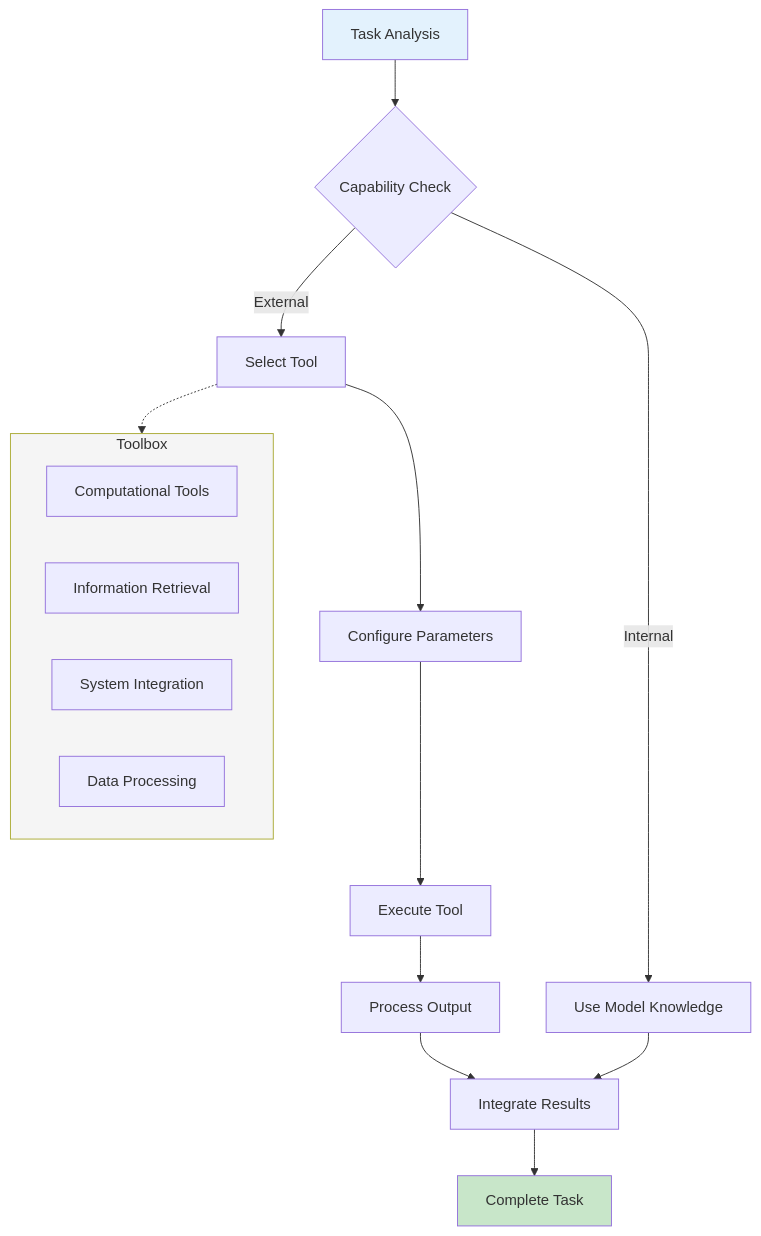
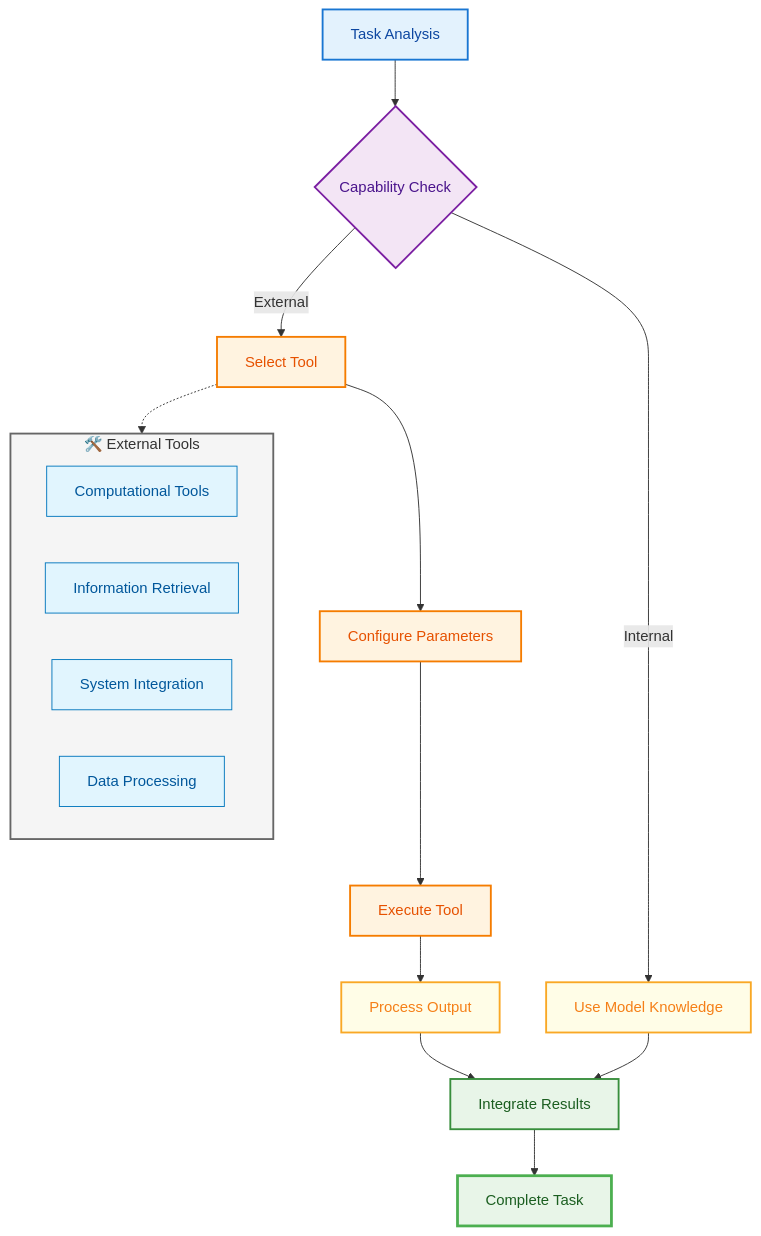
The third of 21 diagrams in 34_agentic_ai_design_patterns.md (raphaelmansuy/tutorials), drawn with Mermaid before and after one commit. The commit also changed other lines of this file, not shown here.

````diff
--- a/34_agentic_ai_design_patterns.md
+++ b/34_agentic_ai_design_patterns.md
@@ -81,25 +130,36 @@
 ```mermaid
-graph TD
+flowchart TD
     A[Task Analysis] --> B{Capability Check}
     B -->|Internal| C[Use Model Knowledge]
     B -->|External| D[Select Tool]
     D --> E[Configure Parameters]
     E --> F[Execute Tool]
     F --> G[Process Output]
     G --> H[Integrate Results]
     C --> H
     H --> I[Complete Task]
 
-    subgraph Toolbox
+    subgraph Toolbox ["🛠️ External Tools"]
         J[Computational Tools]
         K[Information Retrieval]
         L[System Integration]
         M[Data Processing]
     end
 
     D -.-> Toolbox
 
-    style A fill:#e3f2fd
-    style I fill:#c8e6c9
-    style Toolbox fill:#f5f5f5
+    style A fill:#E3F2FD,stroke:#1976D2,stroke-width:2px,color:#0D47A1
+    style B fill:#F3E5F5,stroke:#7B1FA2,stroke-width:2px,color:#4A148C
+    style C fill:#FFFDE7,stroke:#F9A825,stroke-width:2px,color:#F57F17
+    style D fill:#FFF3E0,stroke:#F57C00,stroke-width:2px,color:#E65100
+    style E fill:#FFF3E0,stroke:#F57C00,stroke-width:2px,color:#E65100
+    style F fill:#FFF3E0,stroke:#F57C00,stroke-width:2px,color:#E65100
+    style G fill:#FFFDE7,stroke:#F9A825,stroke-width:2px,color:#F57F17
+    style H fill:#E8F5E8,stroke:#388E3C,stroke-width:2px,color:#1B5E20
+    style I fill:#E8F5E8,stroke:#4CAF50,stroke-width:3px,color:#1B5E20
+    style Toolbox fill:#F5F5F5,stroke:#666,stroke-width:2px,color:#333
+    style J fill:#E1F5FE,stroke:#0277BD,stroke-width:1px,color:#01579B
+    style K fill:#E1F5FE,stroke:#0277BD,stroke-width:1px,color:#01579B
+    style L fill:#E1F5FE,stroke:#0277BD,stroke-width:1px,color:#01579B
+    style M fill:#E1F5FE,stroke:#0277BD,stroke-width:1px,color:#01579B
 ```
````
